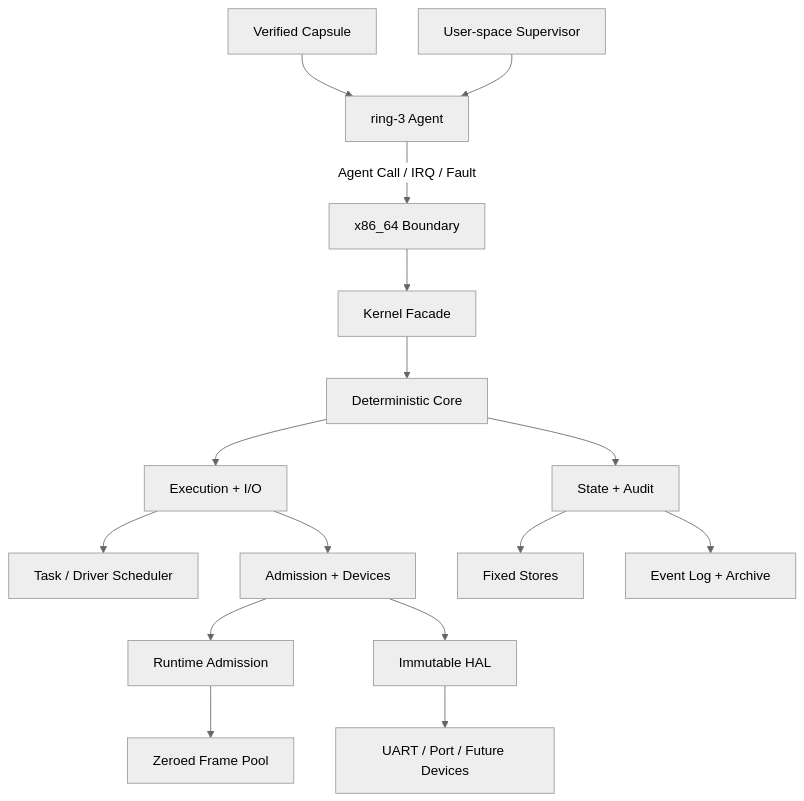
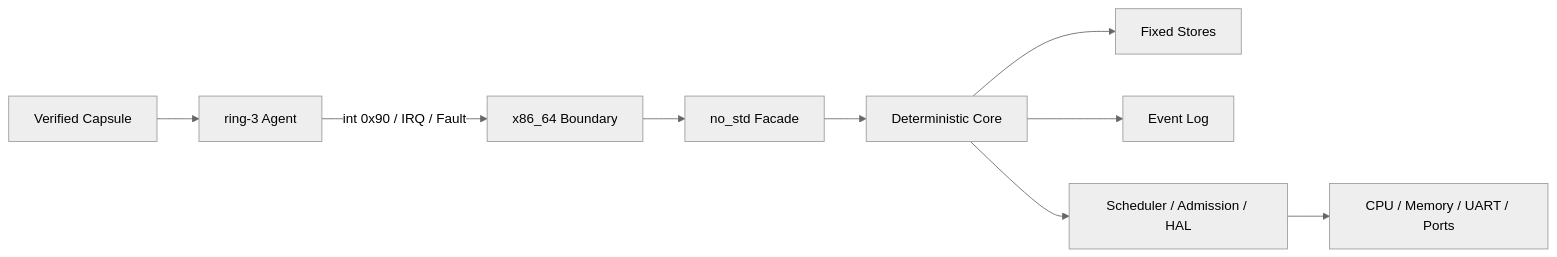
The diagram in README.md (Evan-master/agent-kernel), drawn with Mermaid (neutral theme) before and after one commit. The commit also changed other lines of this file and 1 other file, not shown here.

````diff
--- a/README.md
+++ b/README.md
@@ -100,20 +78,11 @@
 ```mermaid
-flowchart TB
-    Capsule["Verified Capsule"] --> Ring3["ring-3 Agent"]
-    Supervisor["User-space Supervisor"] --> Ring3
-    Ring3 -->|"Agent Call / IRQ / Fault"| X86["x86_64 Boundary"]
-    X86 --> Facade["Kernel Facade"]
+flowchart LR
+    Capsule["Verified Capsule"] --> Agent["ring-3 Agent"]
+    Agent -->|"int 0x90 / IRQ / Fault"| Boundary["x86_64 Boundary"]
+    Boundary --> Facade["no_std Facade"]
     Facade --> Core["Deterministic Core"]
-
-    Core --> Runtime["Execution + I/O"]
-    Core --> State["State + Audit"]
-
-    Runtime --> Scheduler["Task / Driver Scheduler"]
-    Runtime --> Services["Admission + Devices"]
-    Services --> Broker["Runtime Admission"]
-    Services --> HAL["Immutable HAL"]
-    Broker --> Frames["Zeroed Frame Pool"]
-    HAL --> Hardware["UART / Port / Future Devices"]
-    State --> Stores["Fixed Stores"]
-    State --> Events["Event Log + Archive"]
+    Core --> Stores["Fixed Stores"]
+    Core --> Events["Event Log"]
+    Core --> Runtime["Scheduler / Admission / HAL"]
+    Runtime --> Hardware["CPU / Memory / UART / Ports"]
 ```
````
